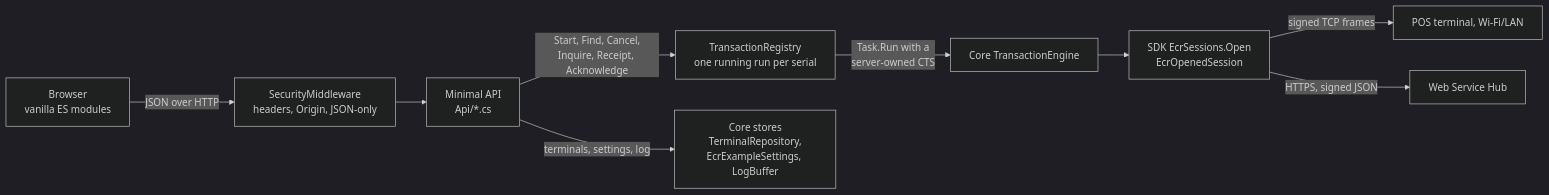
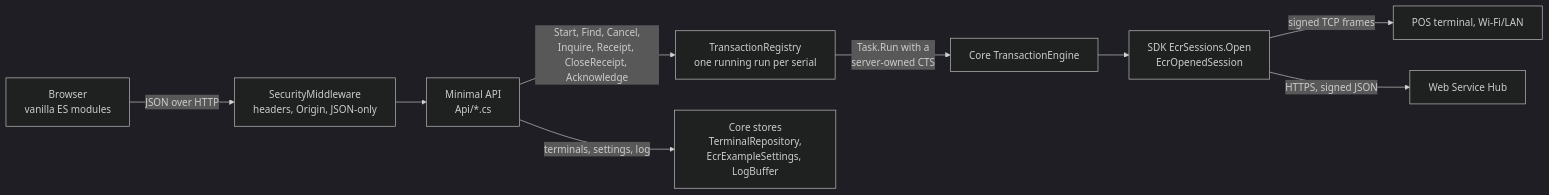
The first of 3 diagrams in AmwalECR-Web-Example/docs/implementation.md (amwal-pay/AmwalpayEcrWindowsExample), drawn with Mermaid (dark theme) before and after one commit. The commit also changed other lines of this file and 28 other files, not shown here.

````diff
--- a/AmwalECR-Web-Example/docs/implementation.md
+++ b/AmwalECR-Web-Example/docs/implementation.md
@@ -47,11 +30,11 @@
 ```mermaid
 flowchart LR
   B["Browser<br/>vanilla ES modules"] -->|"JSON over HTTP"| G["SecurityMiddleware<br/>headers, Origin, JSON-only"]
   G --> A["Minimal API<br/>Api/*.cs"]
-  A -->|"Start, Find, Cancel,<br/>Inquire, Receipt, Acknowledge"| R["TransactionRegistry<br/>one running run per serial"]
+  A -->|"Start, Find, Cancel,<br/>Inquire, Receipt, CloseReceipt, Acknowledge"| R["TransactionRegistry<br/>one running run per serial"]
   A -->|"terminals, settings, log"| C["Core stores<br/>TerminalRepository,<br/>EcrExampleSettings, LogBuffer"]
   R -->|"Task.Run with a<br/>server-owned CTS"| E["Core TransactionEngine"]
   E --> S["SDK EcrSessions.Open<br/>EcrOpenedSession"]
   S -->|"signed TCP frames"| T["POS terminal, Wi-Fi/LAN"]
   S -->|"HTTPS, signed JSON"| H["Web Service Hub"]
 ```
````
